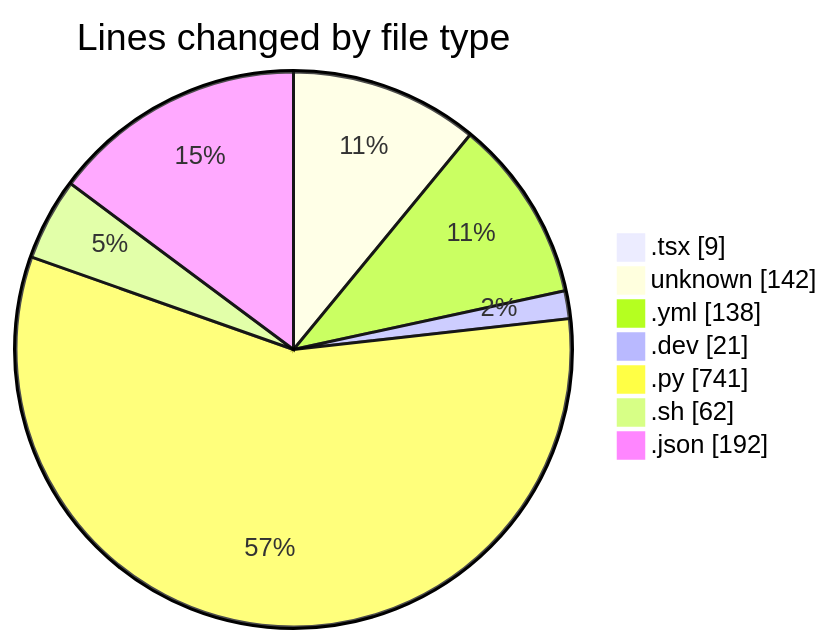
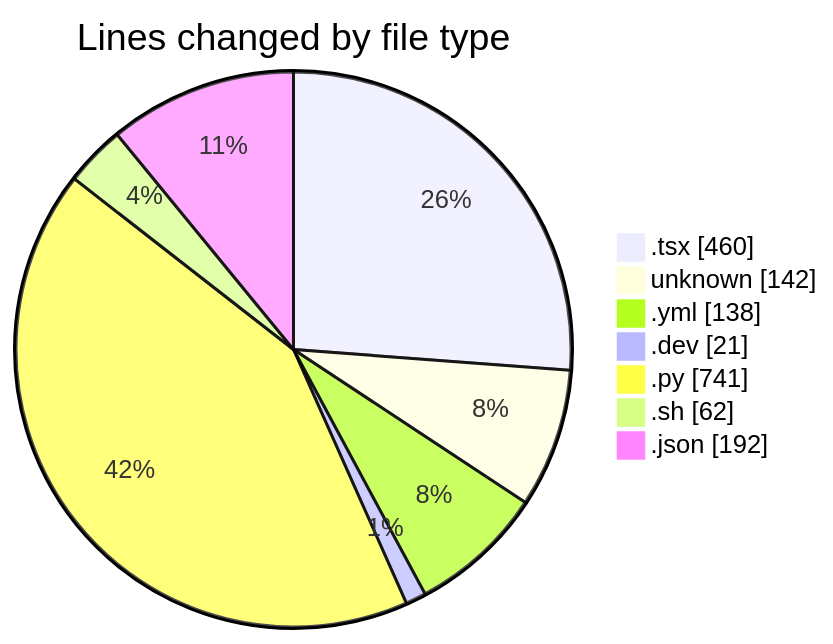
One commit to Elitesun/code-tracking changed the first of 2 diagrams in 2025-05-18/niten/README.md. Above: the diagram before and after it, drawn with Mermaid. The commit also changed other lines of this file and 1 other file, not shown here.

````diff
--- a/2025-05-18/niten/README.md
+++ b/2025-05-18/niten/README.md
@@ -32,11 +34,11 @@
 ```mermaid
 pie showData
 title Lines changed by file type
-".tsx" : 9
+".tsx" : 460
 "unknown" : 142
 ".yml" : 138
 ".dev" : 21
 ".py" : 741
 ".sh" : 62
 ".json" : 192
 ```
````
